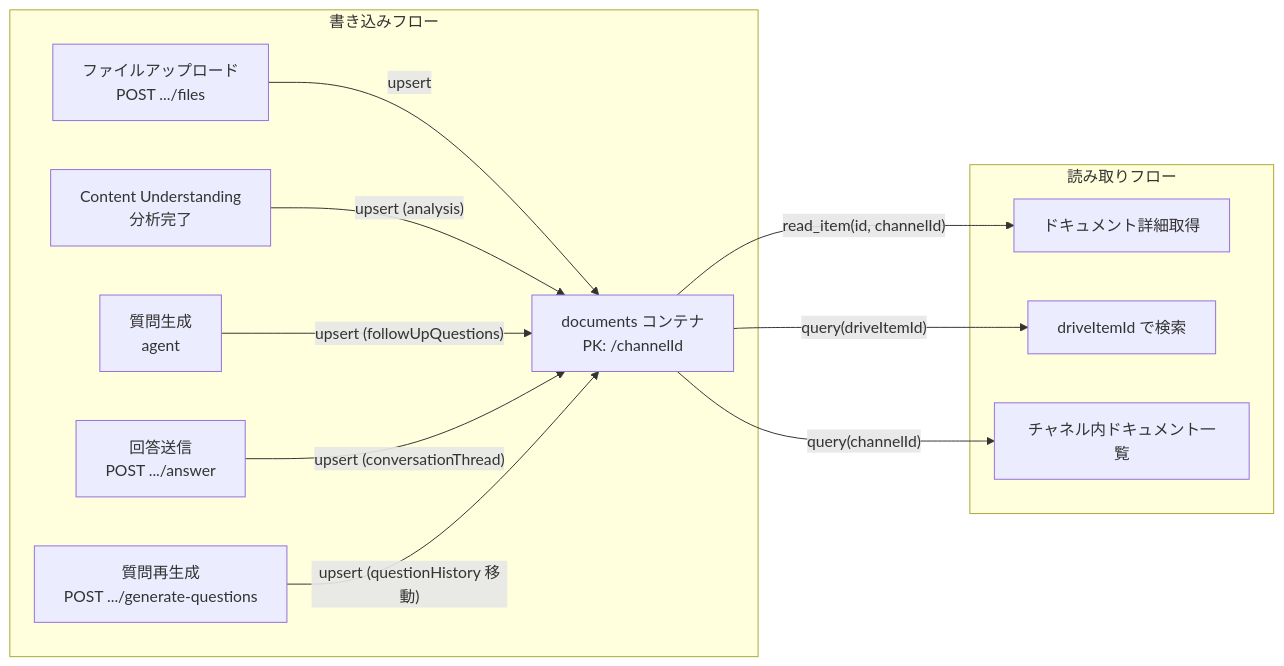
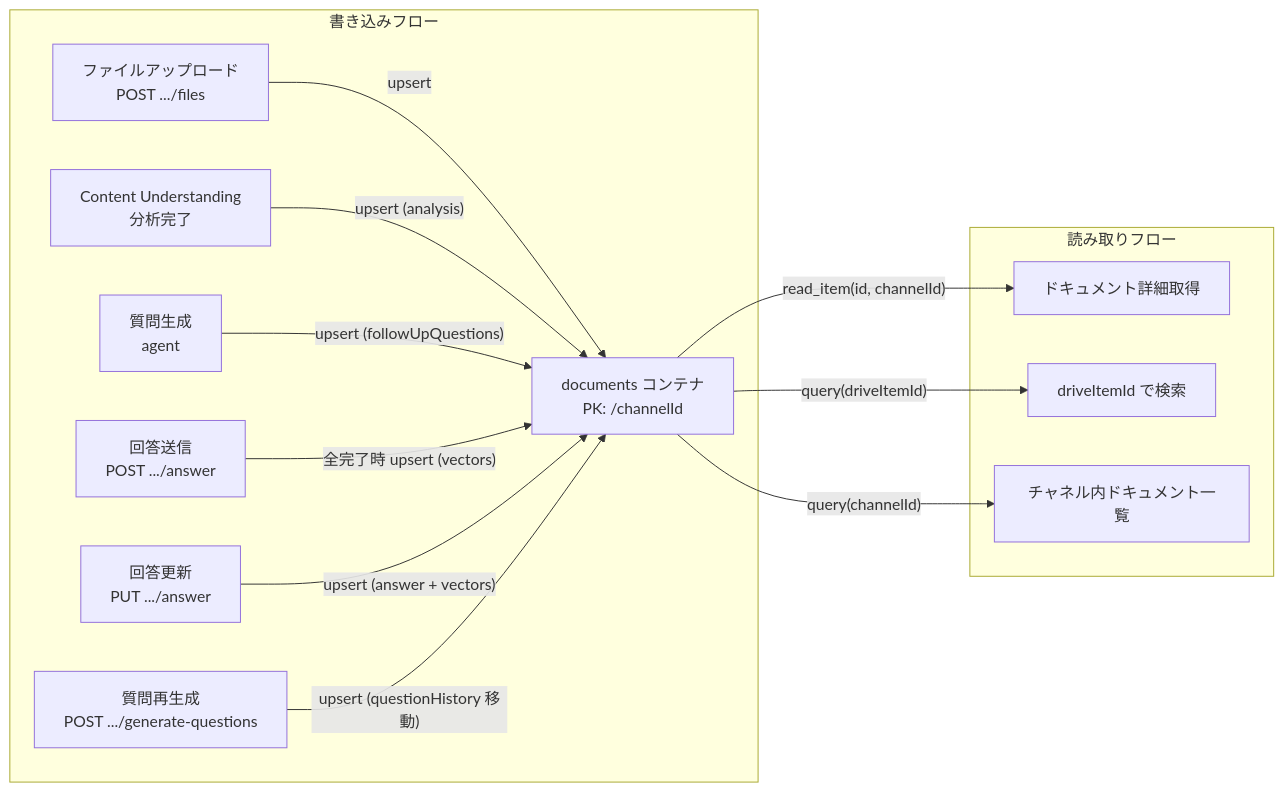
Before and after one commit to hatasaki/Manufacturing-Intelligent-Document-Management: diagram 12 of 20 in docs/ARCHITECTURE.md, drawn with Mermaid. The commit also changed other lines of this file and 9 other files, not shown here.

````diff
--- a/docs/ARCHITECTURE.md
+++ b/docs/ARCHITECTURE.md
@@ -471,16 +471,17 @@
 ```mermaid
 flowchart LR
     subgraph "書き込みフロー"
         UPLOAD["ファイルアップロード<br/>POST .../files"] -->|"upsert"| DOC["documents コンテナ<br/>PK: /channelId"]
         ANALYZE["Content Understanding<br/>分析完了"] -->|"upsert (analysis)"| DOC
         GEN["質問生成<br/>agent"] -->|"upsert (followUpQuestions)"| DOC
-        ANS["回答送信<br/>POST .../answer"] -->|"upsert (conversationThread)"| DOC
+        ANS["回答送信<br/>POST .../answer"] -->|"全完了時 upsert (vectors)"| DOC
+        UPD_ANS["回答更新<br/>PUT .../answer"] -->|"upsert (answer + vectors)"| DOC
         REGEN["質問再生成<br/>POST .../generate-questions"] -->|"upsert (questionHistory 移動)"| DOC
     end
 
     subgraph "読み取りフロー"
         DOC -->|"read_item(id, channelId)"| GET_DOC["ドキュメント詳細取得"]
         DOC -->|"query(driveItemId)"| FIND["driveItemId で検索"]
         DOC -->|"query(channelId)"| LIST["チャネル内ドキュメント一覧"]
     end
 ```
````
